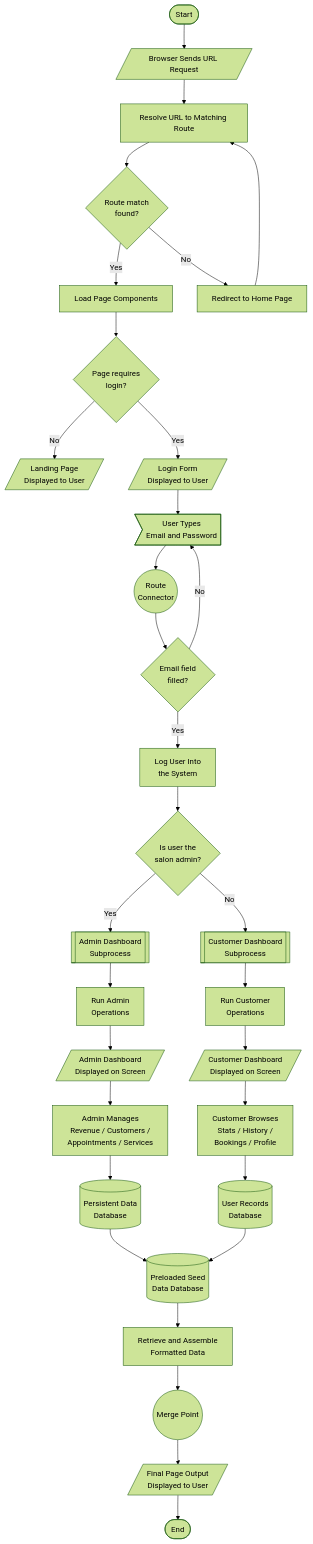
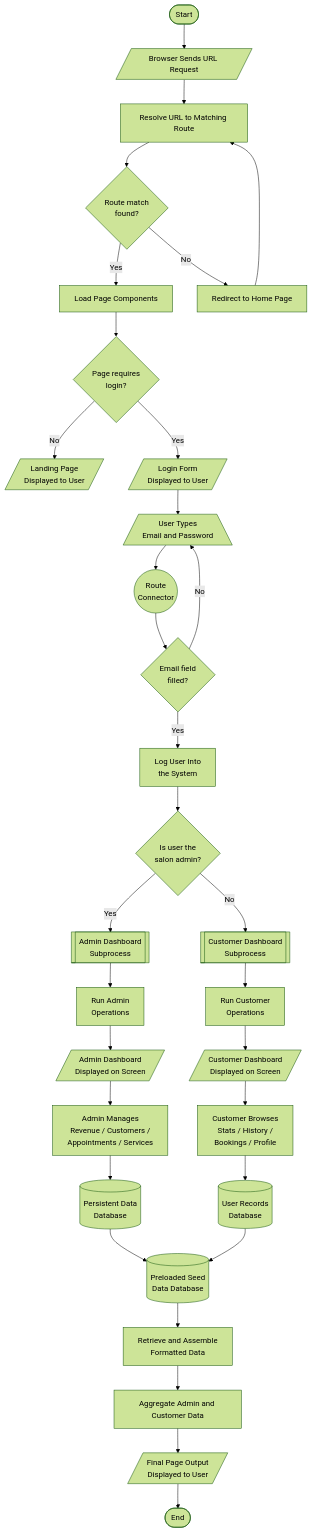
The first of 2 diagrams in README.md (pandadoor/crm), drawn with Mermaid (forest theme) before and after one commit.

Commit message:
fix: revise System Flowchart symbols per guide - Manual Input trapezoid + Merge rectangle

````diff
--- a/README.md
+++ b/README.md
@@ -52,34 +52,34 @@
 ```mermaid
 graph TD
     SYS_START([Start]) --> REQ_IN[/Browser Sends URL Request/]
     REQ_IN --> RESOLVE[Resolve URL to Matching Route]
     RESOLVE --> FOUND{Route match<br/>found?}
     FOUND -->|Yes| LOAD[Load Page Components]
     FOUND -->|No| HOME_REDIR[Redirect to Home Page]
     HOME_REDIR --> RESOLVE
     LOAD --> CHECK_AUTH{Page requires<br/>login?}
     CHECK_AUTH -->|No| PUBLIC[/Landing Page<br/>Displayed to User/]
     CHECK_AUTH -->|Yes| LOGIN[/Login Form<br/>Displayed to User/]
-    LOGIN --> USER_TYPES>User Types<br/>Email and Password]
+    LOGIN --> USER_TYPES[/User Types<br/>Email and Password\]
     USER_TYPES --> INSPECT_LOGIN((Route<br/>Connector))
     INSPECT_LOGIN --> FILLED{Email field<br/>filled?}
     FILLED -->|No| USER_TYPES
     FILLED -->|Yes| LOG_USER_IN[Log User Into<br/>the System]
     LOG_USER_IN --> ADMIN_YES{Is user the<br/>salon admin?}
     ADMIN_YES -->|Yes| ADMIN_DASH[[Admin Dashboard<br/>Subprocess]]
     ADMIN_YES -->|No| CUSTOMER_DASH[[Customer Dashboard<br/>Subprocess]]
     ADMIN_DASH --> ADMIN_TOOLS[Run Admin<br/>Operations]
     CUSTOMER_DASH --> CUSTOMER_TOOLS[Run Customer<br/>Operations]
     ADMIN_TOOLS --> ADMIN_VIEW[/Admin Dashboard<br/>Displayed on Screen/]
     CUSTOMER_TOOLS --> CUSTOMER_VIEW[/Customer Dashboard<br/>Displayed on Screen/]
     ADMIN_VIEW --> MANAGE_ADM[Admin Manages<br/>Revenue / Customers /<br/>Appointments / Services]
     CUSTOMER_VIEW --> MANAGE_CUST[Customer Browses<br/>Stats / History /<br/>Bookings / Profile]
     MANAGE_ADM --> STORE_ADM[(Persistent Data<br/>Database)]
     MANAGE_CUST --> STORE_CUST[(User Records<br/>Database)]
     STORE_ADM --> SEED_IN[(Preloaded Seed<br/>Data Database)]
     STORE_CUST --> SEED_IN
     SEED_IN --> RETRIEVE[Retrieve and Assemble<br/>Formatted Data]
-    RETRIEVE --> MERGE(("Merge Point"))
+    RETRIEVE --> MERGE[Aggregate Admin and Customer Data]
     MERGE --> FINAL[/Final Page Output<br/>Displayed to User/]
     FINAL --> SYS_END([End])
 ```
````
